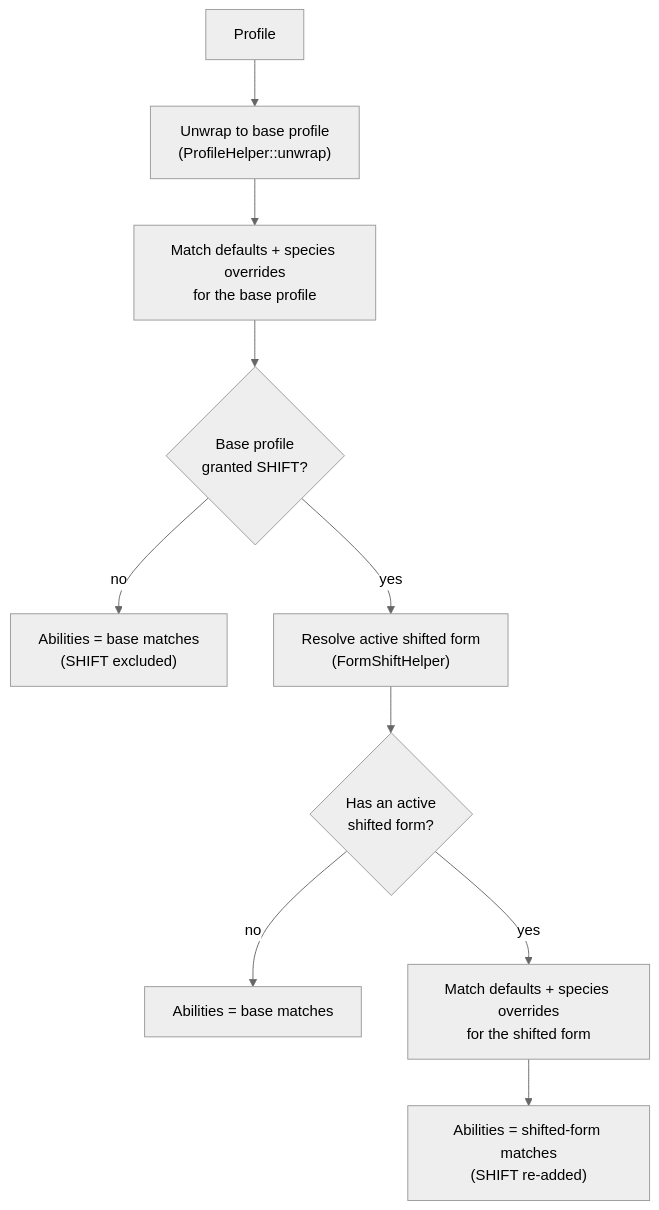
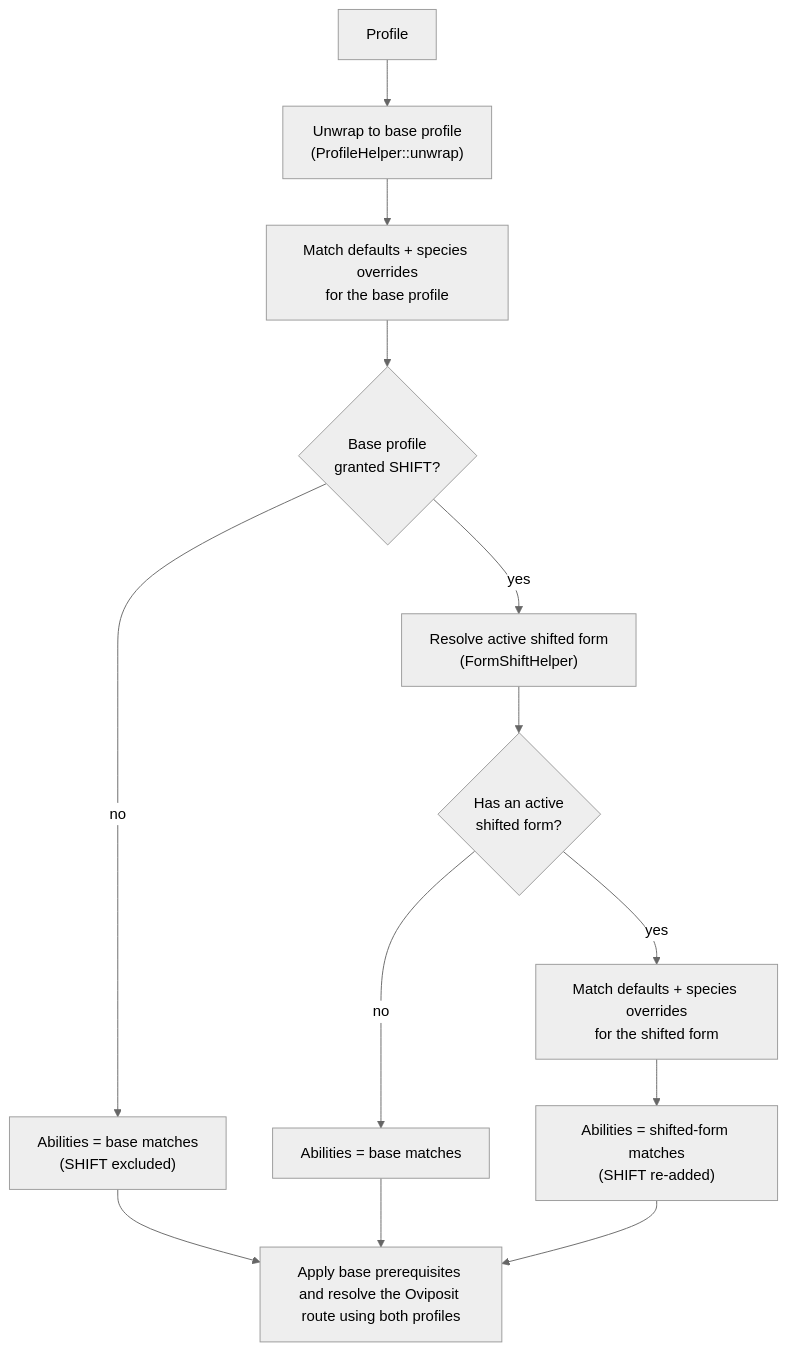
The diagram in docs/abilities.md (KobotFlosk/mintlify-docs), drawn with Mermaid (neutral theme) before and after one commit. The commit also changed other lines of this file and 34 other files, not shown here.

First line of the commit message:
docs: sync latest guides and migrate source diagrams

````diff
--- a/docs/abilities.md
+++ b/docs/abilities.md
@@ -118,12 +179,15 @@
 ```mermaid
 flowchart TD
     A[Profile] --> B["Unwrap to base profile\n(ProfileHelper::unwrap)"]
     B --> C["Match defaults + species overrides\nfor the base profile"]
     C --> D{Base profile\ngranted SHIFT?}
     D -- no --> E["Abilities = base matches\n(SHIFT excluded)"]
     D -- yes --> F["Resolve active shifted form\n(FormShiftHelper)"]
     F --> G{Has an active\nshifted form?}
     G -- no --> H["Abilities = base matches"]
     G -- yes --> I["Match defaults + species overrides\nfor the shifted form"]
     I --> J["Abilities = shifted-form matches\n(SHIFT re-added)"]
+    E --> K["Apply base prerequisites and resolve the Oviposit route using both profiles"]
+    H --> K
+    J --> K
 ```
````
